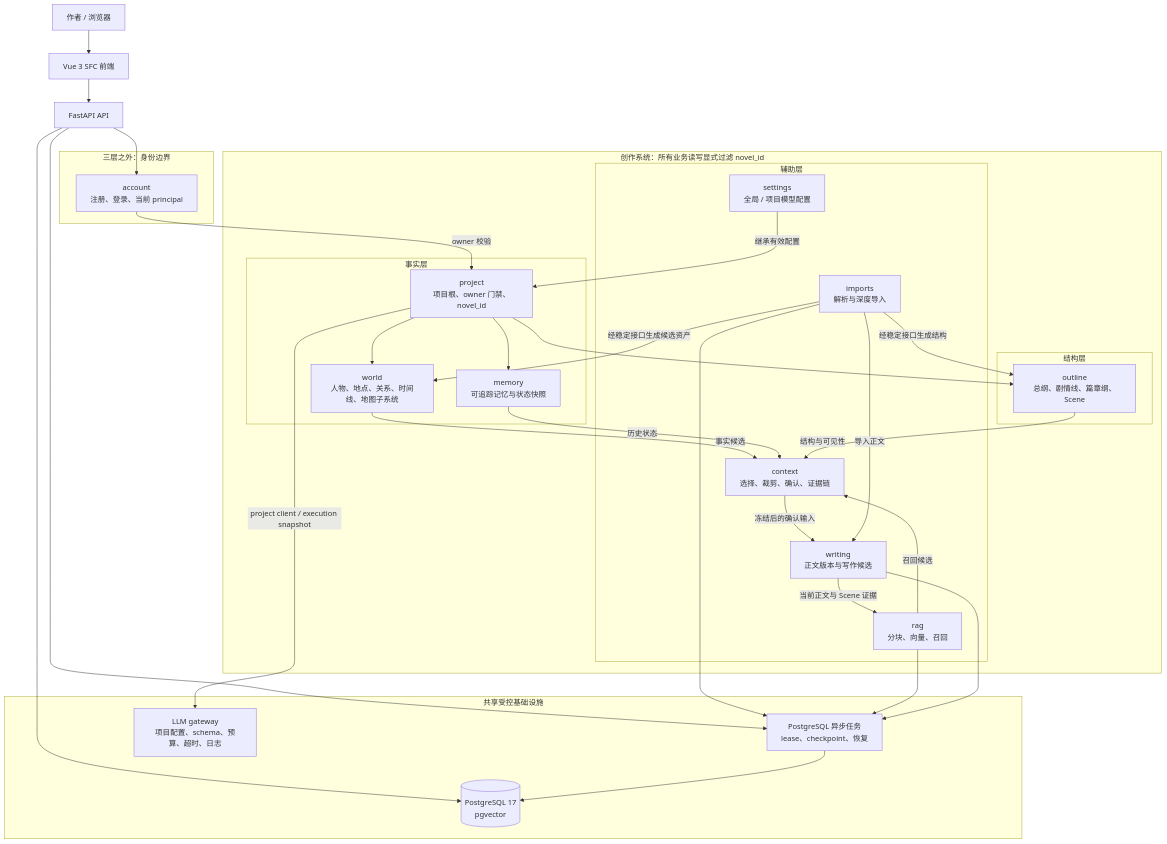
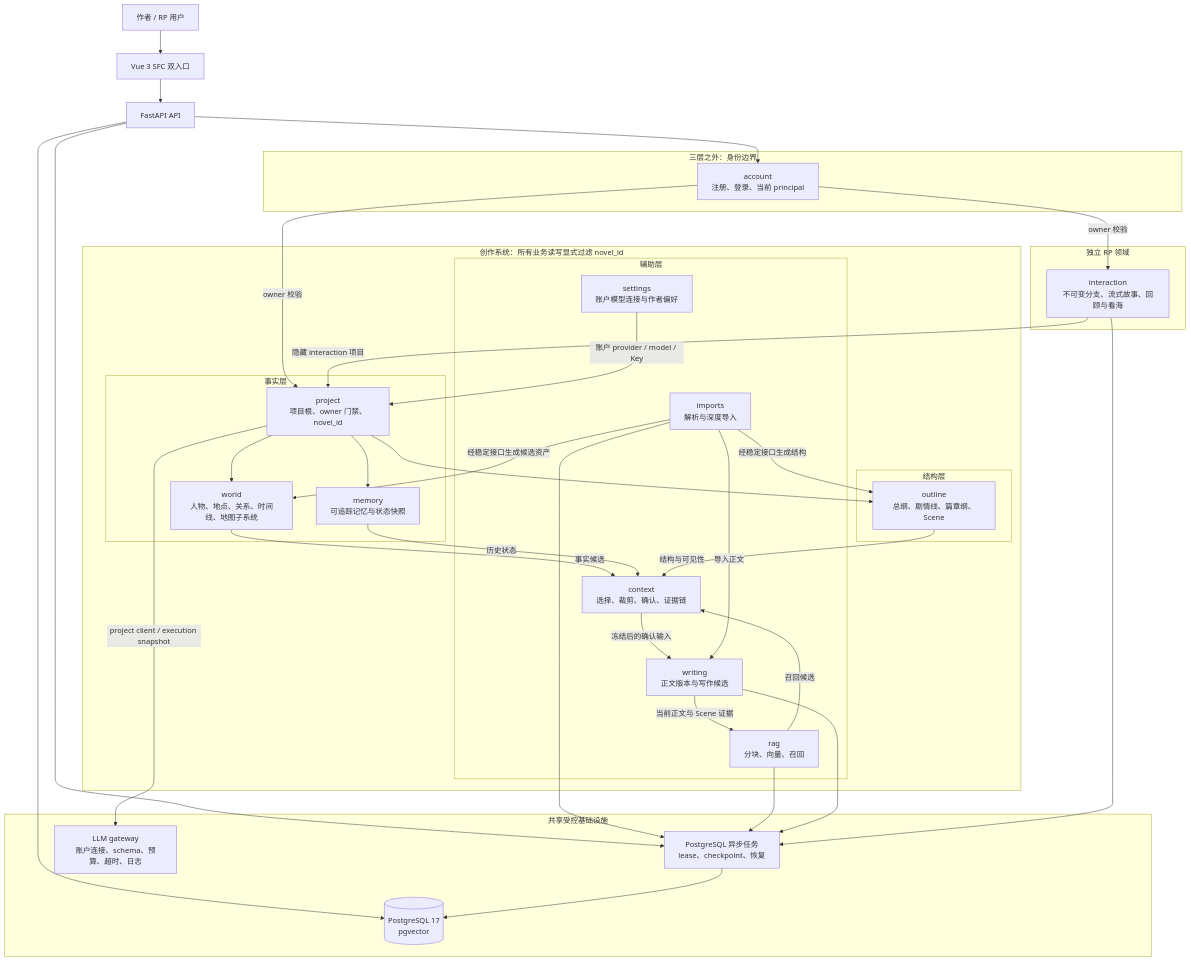
One commit to FengHuoLinShan/ai-writing-assist changed the second of 5 diagrams in README.md. Above: the diagram before and after it, drawn with Mermaid. The commit also changed other lines of this file and 155 other files, not shown here.

````diff
--- a/README.md
+++ b/README.md
@@ -122,61 +127,68 @@
 ```mermaid
 flowchart TB
-    User["作者 / 浏览器"] --> UI["Vue 3 SFC 前端"]
+    User["作者 / RP 用户"] --> UI["Vue 3 SFC 双入口"]
     UI --> API["FastAPI API"]
 
     subgraph Identity["三层之外：身份边界"]
         Account["account<br/>注册、登录、当前 principal"]
     end
 
     API --> Account
 
     subgraph Creative["创作系统：所有业务读写显式过滤 novel_id"]
         subgraph Facts["事实层"]
             Project["project<br/>项目根、owner 门禁、novel_id"]
             World["world<br/>人物、地点、关系、时间线、地图子系统"]
             Memory["memory<br/>可追踪记忆与状态快照"]
         end
 
         subgraph Structure["结构层"]
             Outline["outline<br/>总纲、剧情线、篇章纲、Scene"]
         end
 
         subgraph Support["辅助层"]
             Imports["imports<br/>解析与深度导入"]
             RAG["rag<br/>分块、向量、召回"]
             Context["context<br/>选择、裁剪、确认、证据链"]
             Writing["writing<br/>正文版本与写作候选"]
-            Settings["settings<br/>全局 / 项目模型配置"]
+            Settings["settings<br/>账户模型连接与作者偏好"]
         end
     end
 
+    subgraph RP["独立 RP 领域"]
+        Interaction["interaction<br/>不可变分支、流式故事、回顾与看海"]
+    end
+
     Account -->|"owner 校验"| Project
+    Account -->|"owner 校验"| Interaction
+    Interaction -->|"隐藏 interaction 项目"| Project
     Project --> World
     Project --> Memory
     Project --> Outline
 
     Writing -->|"当前正文与 Scene 证据"| RAG
     World -->|"事实候选"| Context
     Memory -->|"历史状态"| Context
     Outline -->|"结构与可见性"| Context
     RAG -->|"召回候选"| Context
     Context -->|"冻结后的确认输入"| Writing
     Imports -->|"经稳定接口生成候选资产"| World
     Imports -->|"经稳定接口生成结构"| Outline
     Imports -->|"导入正文"| Writing
-    Settings -->|"继承有效配置"| Project
+    Settings -->|"账户 provider / model / Key"| Project
 
     subgraph Platform["共享受控基础设施"]
         Tasks["PostgreSQL 异步任务<br/>lease、checkpoint、恢复"]
-        LLM["LLM gateway<br/>项目配置、schema、预算、超时、日志"]
+        LLM["LLM gateway<br/>账户连接、schema、预算、超时、日志"]
         DB[("PostgreSQL 17<br/>pgvector")]
     end
 
     API --> Tasks
     Imports --> Tasks
     RAG --> Tasks
     Writing --> Tasks
+    Interaction --> Tasks
     Project -->|"project client / execution snapshot"| LLM
     API --> DB
     Tasks --> DB
 ```
````
